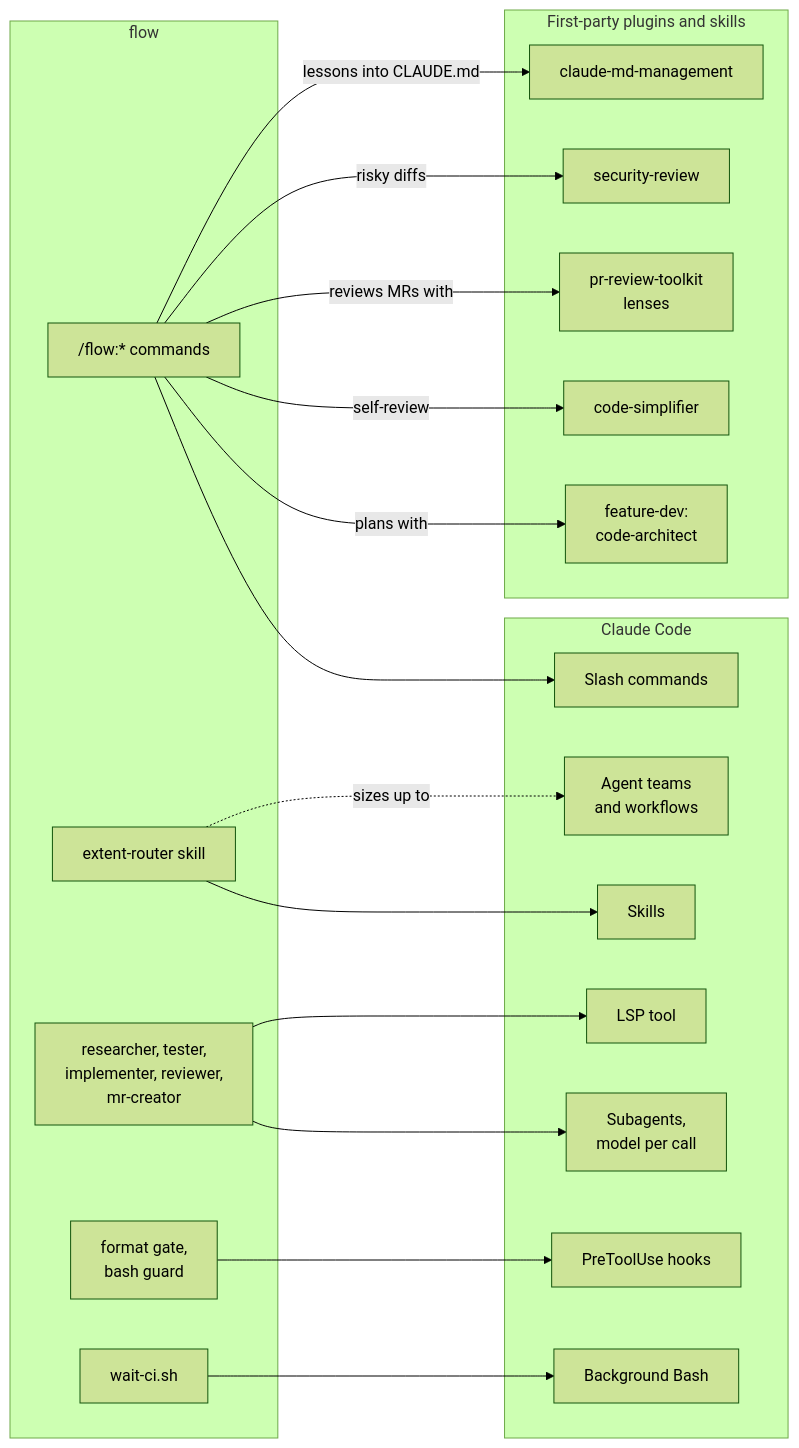
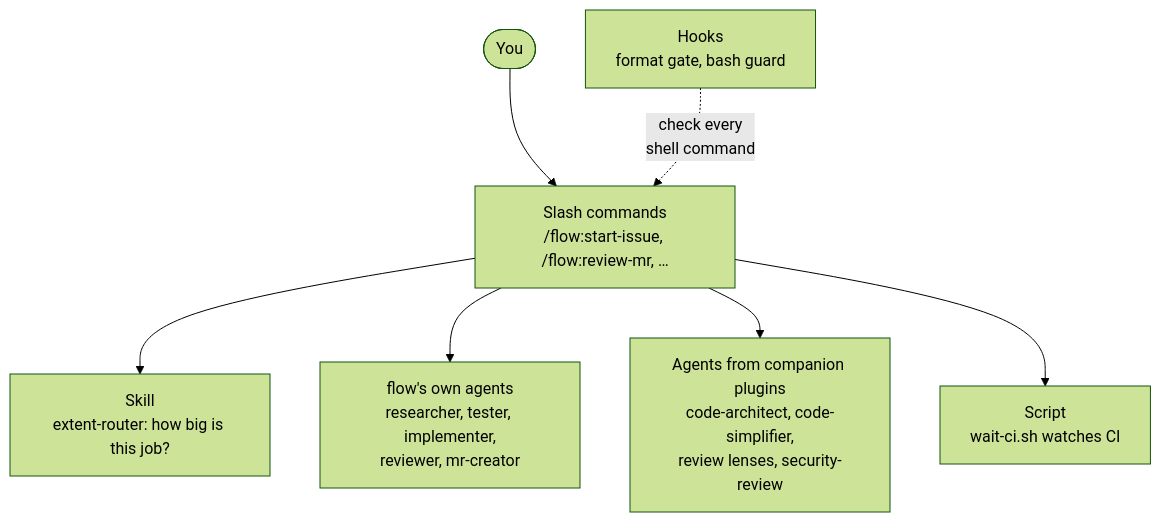
Before and after one commit to MarkusVGJensen/flow: the first of 5 diagrams in README.md, drawn with Mermaid (forest theme). The commit also changed other lines of this file, not shown here.

````diff
--- a/README.md
+++ b/README.md
@@ -63,38 +122,9 @@
 ```mermaid
-flowchart LR
-  subgraph cc["Claude Code"]
-    SC["Slash commands"]
-    SK["Skills"]
-    SA["Subagents,<br/>model per call"]
-    HK["PreToolUse hooks"]
-    LS["LSP tool"]
-    BG["Background Bash"]
-    TW["Agent teams<br/>and workflows"]
-  end
-  subgraph fl["flow"]
-    CMD["/flow:* commands"]
-    ER["extent-router skill"]
-    AG["researcher, tester,<br/>implementer, reviewer,<br/>mr-creator"]
-    GU["format gate,<br/>bash guard"]
-    WC["wait-ci.sh"]
-  end
-  subgraph fp["First-party plugins and skills"]
-    FD["feature-dev:<br/>code-architect"]
-    CS["code-simplifier"]
-    PR["pr-review-toolkit<br/>lenses"]
-    SR["security-review"]
-    CM["claude-md-management"]
-  end
-  CMD --> SC
-  ER --> SK
-  AG --> SA
-  AG --> LS
-  GU --> HK
-  WC --> BG
-  ER -. "sizes up to" .-> TW
-  CMD -- "plans with" --> FD
-  CMD -- "self-review" --> CS
-  CMD -- "reviews MRs with" --> PR
-  CMD -- "risky diffs" --> SR
-  CMD -- "lessons into CLAUDE.md" --> CM
+flowchart TD
+  U(["You"]) --> CMD["Slash commands<br/>/flow:start-issue, /flow:review-mr, …"]
+  CMD --> SK["Skill<br/>extent-router: how big is this job?"]
+  CMD --> AG["flow's own agents<br/>researcher, tester, implementer,<br/>reviewer, mr-creator"]
+  CMD --> FP["Agents from companion plugins<br/>code-architect, code-simplifier,<br/>review lenses, security-review"]
+  CMD --> SCR["Script<br/>wait-ci.sh watches CI"]
+  HK["Hooks<br/>format gate, bash guard"] -. "check every<br/>shell command" .-> CMD
 ```
````
